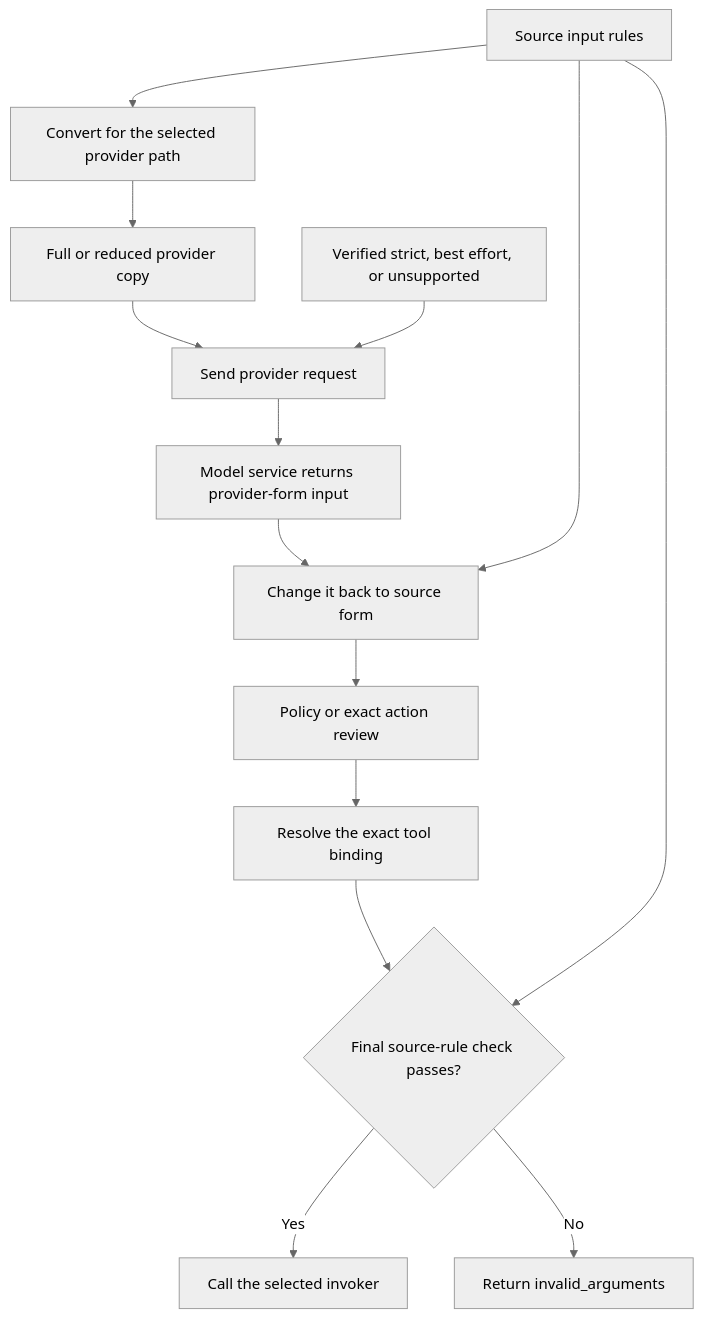
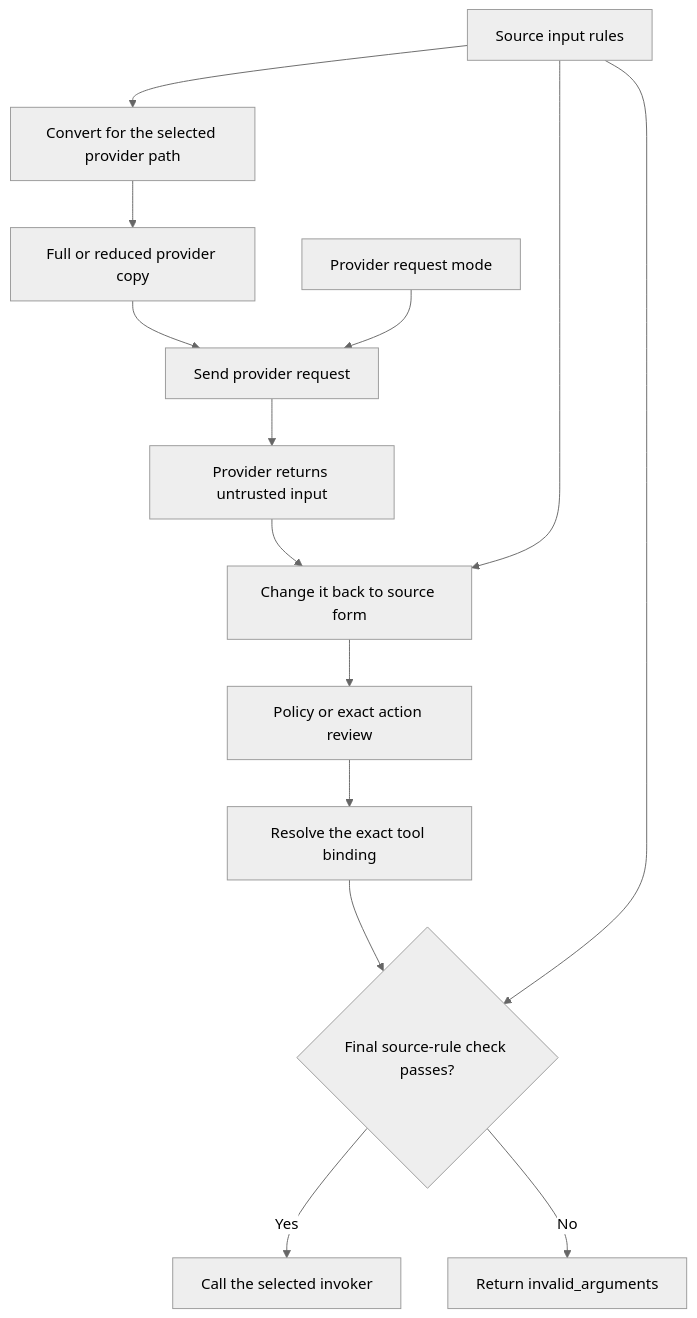
Before and after one commit to kpsuperplane/Noema: diagram 25 of 27 in docs/superpowers/plans/2026-08-08-noema-practical-reliability-roadmap.md, drawn with Mermaid (neutral theme). The commit also changed other lines of this file, not shown here.

Commit message:
docs: preserve OpenRouter schema requests

````diff
--- a/docs/superpowers/plans/2026-08-08-noema-practical-reliability-roadmap.md
+++ b/docs/superpowers/plans/2026-08-08-noema-practical-reliability-roadmap.md
@@ -1412,23 +1452,23 @@
 ```mermaid
 flowchart TD
     A["Source input rules"]
     B["Convert for the selected provider path"]
     C["Full or reduced provider copy"]
-    D["Verified strict, best effort, or unsupported"]
+    D["Provider request mode"]
     E["Send provider request"]
-    F["Model service returns provider-form input"]
+    F["Provider returns untrusted input"]
     G["Change it back to source form"]
     H["Policy or exact action review"]
     I["Resolve the exact tool binding"]
     J{"Final source-rule check passes?"}
     K["Call the selected invoker"]
     L["Return invalid_arguments"]
 
     A --> B --> C --> E
     D --> E
     E --> F --> G --> H --> I --> J
     A --> G
     A --> J
     J -->|Yes| K
     J -->|No| L
 ```
````
